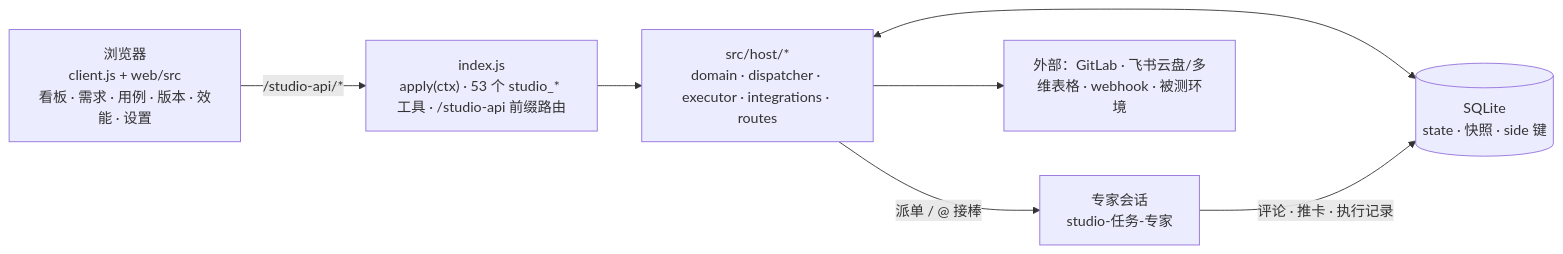
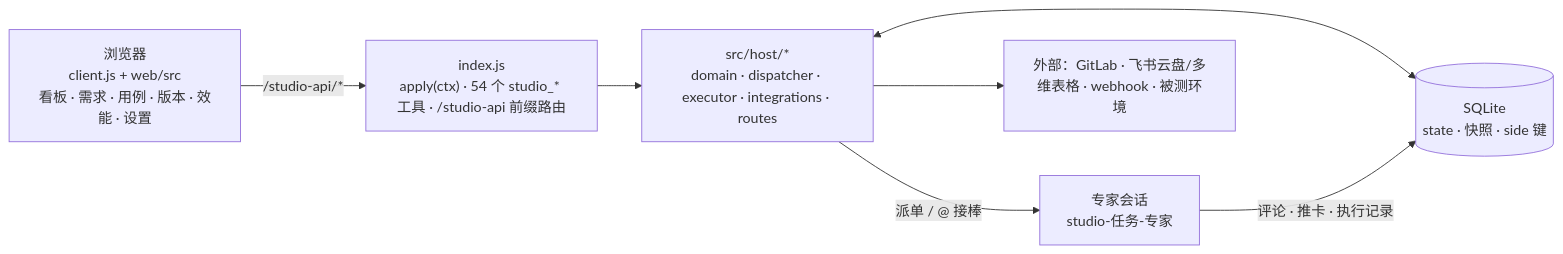
The diagram in README.md (marsken88/dsh-studio), drawn with Mermaid before and after one commit. The commit also changed 13 other files, not shown here.

````diff
--- a/README.md
+++ b/README.md
@@ -66,15 +66,15 @@
 ```mermaid
 flowchart LR
   UI["浏览器<br/>client.js + web/src<br/>看板 · 需求 · 用例 · 版本 · 效能 · 设置"]
-  API["index.js<br/>apply(ctx) · 53 个 studio_* 工具 · /studio-api 前缀路由"]
+  API["index.js<br/>apply(ctx) · 54 个 studio_* 工具 · /studio-api 前缀路由"]
   HOST["src/host/*<br/>domain · dispatcher · executor · integrations · routes"]
   DB[("SQLite<br/>state · 快照 · side 键")]
   AGENT["专家会话<br/>studio-任务-专家"]
   EXT["外部：GitLab · 飞书云盘/多维表格 · webhook · 被测环境"]
   UI -->|"/studio-api/*"| API
   API --> HOST
   HOST <--> DB
   HOST -->|"派单 / @ 接棒"| AGENT
   AGENT -->|"评论 · 推卡 · 执行记录"| DB
   HOST --> EXT
 ```
````
